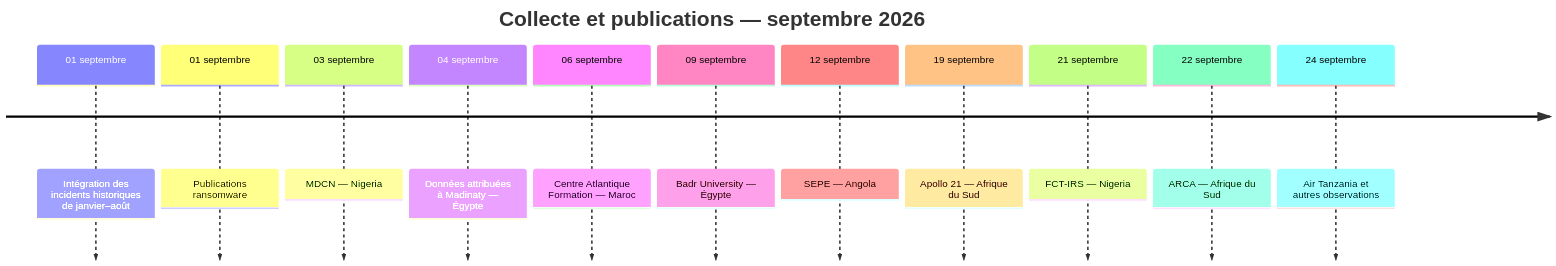
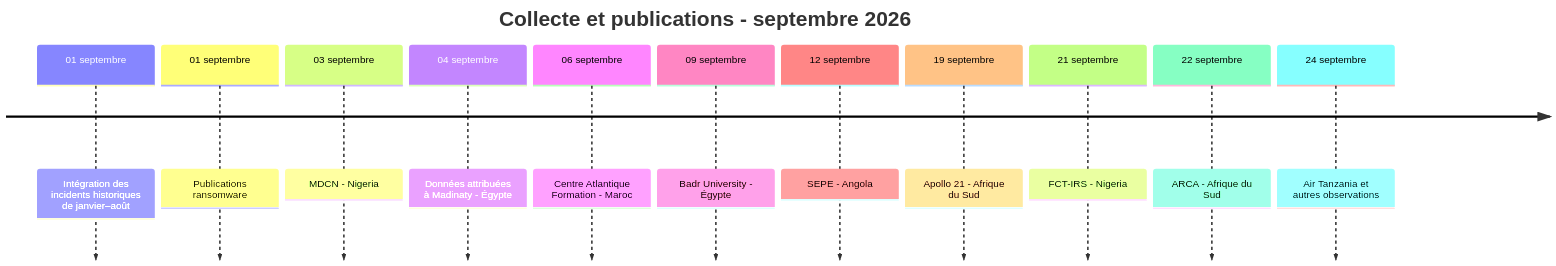
Before and after one commit to Hatchepsoute/AFRINTEL: the tenth of 10 diagrams in CyberAttackAfrica/2026/09-september/README_FR.md, drawn with Mermaid. The commit also changed other lines of this file and 30 other files, not shown here.

````diff
--- a/CyberAttackAfrica/2026/09-september/README_FR.md
+++ b/CyberAttackAfrica/2026/09-september/README_FR.md
@@ -249,15 +249,15 @@
 ```mermaid
 timeline
-    title Collecte et publications — septembre 2026
+    title Collecte et publications  -  septembre 2026
     01 septembre : Intégration des incidents historiques de janvier–août
     01 septembre : Publications ransomware
-    03 septembre : MDCN — Nigeria
-    04 septembre : Données attribuées à Madinaty — Égypte
-    06 septembre : Centre Atlantique Formation — Maroc
-    09 septembre : Badr University — Égypte
-    12 septembre : SEPE — Angola
-    19 septembre : Apollo 21 — Afrique du Sud
-    21 septembre : FCT-IRS — Nigeria
-    22 septembre : ARCA — Afrique du Sud
+    03 septembre : MDCN  -  Nigeria
+    04 septembre : Données attribuées à Madinaty  -  Égypte
+    06 septembre : Centre Atlantique Formation  -  Maroc
+    09 septembre : Badr University  -  Égypte
+    12 septembre : SEPE  -  Angola
+    19 septembre : Apollo 21  -  Afrique du Sud
+    21 septembre : FCT-IRS  -  Nigeria
+    22 septembre : ARCA  -  Afrique du Sud
     24 septembre : Air Tanzania et autres observations
 ```
````
